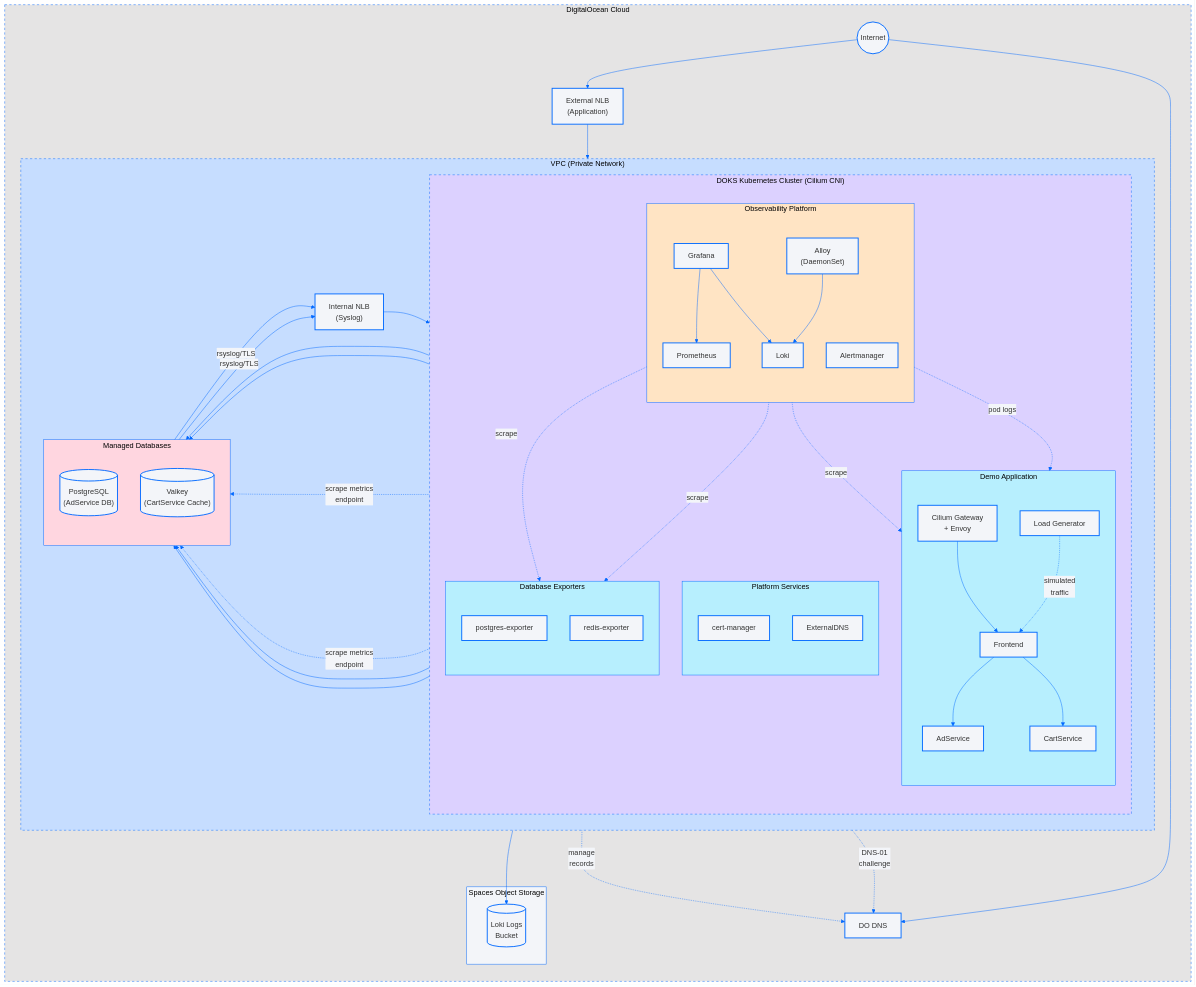
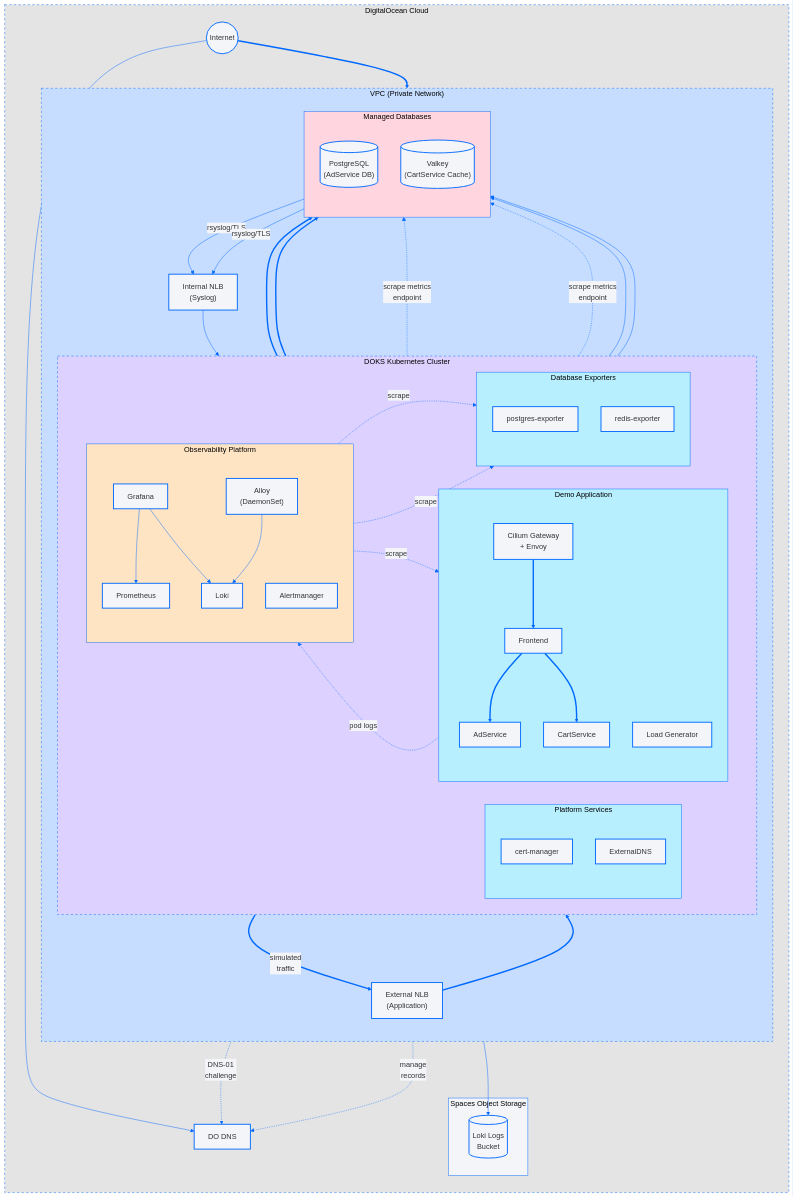
One commit to digitalocean/scale-with-simplicity changed the diagram in reference-architectures/doks-dbaas-observability/README.md. Above: the diagram before and after it, drawn with Mermaid. The commit also changed 1 other file, not shown here.

Commit message:
finalized diagram

````diff
--- a/reference-architectures/doks-dbaas-observability/README.md
+++ b/reference-architectures/doks-dbaas-observability/README.md
@@ -17,15 +17,22 @@
         direction TB
 
         %% External traffic flow
-        Internet(("Internet")) --> LB["External NLB<br/>(Application)"]
         Internet --> DNS["DO DNS"]
-        LB --> Gateway
+        Internet(("Internet")) --> LB
+
 
         subgraph VPC["VPC (Private Network)"]
-            direction LR
+            direction TB
+            LB["External NLB<br/>(Application)"] --> Gateway
 
-            subgraph DOKS["DOKS Kubernetes Cluster (Cilium CNI)"]
-                direction TB
+            subgraph DOKS["DOKS Kubernetes Cluster"]
+                direction LR
+
+                subgraph Platform["Platform Services"]
+                    direction TB
+                    CertManager["cert-manager"]
+                    ExtDNS["ExternalDNS"]
+                end
 
                 subgraph App["Demo Application"]
                     direction TB
@@ -34,12 +41,6 @@
                     AdService["AdService"]
                     CartService["CartService"]
                     LoadGen["Load Generator"]
-                end
-
-                subgraph Platform["Platform Services"]
-                    direction TB
-                    CertManager["cert-manager"]
-                    ExtDNS["ExternalDNS"]
                 end
 
                 subgraph Obs["Observability Platform"]
@@ -76,7 +77,7 @@
     Gateway --> Frontend
     Frontend --> AdService
     Frontend --> CartService
-    LoadGen -.->|simulated<br/>traffic| Frontend
+    LoadGen -->|simulated<br/>traffic| LB
     AdService --> PostgreSQL
     CartService --> Valkey
 
@@ -98,7 +99,7 @@
     Grafana --> Loki
 
     %% Logs flow
-    Alloy -.->|pod logs| App
+    App -.->|pod logs| Alloy
     Alloy --> Loki
     Loki --> Bucket
     PostgreSQL -->|rsyslog/TLS| SyslogNLB
@@ -138,4 +139,8 @@
     style PostgreSQL fill:#F3F5F9,stroke:#0069FF,stroke-width:2px
     style Valkey fill:#F3F5F9,stroke:#0069FF,stroke-width:2px
     style Bucket fill:#F3F5F9,stroke:#0069FF,stroke-width:2px
+
+    %% Thicker lines for application traffic flow
+    %% Links: Internet-->LB, LB-->Gateway, Gateway-->Frontend, Frontend-->AdService, Frontend-->CartService, LoadGen-->LB, AdService-->PostgreSQL, CartService-->Valkey
+    linkStyle 1,2,3,4,5,6,7,8 stroke-width:3px
 ```
````
